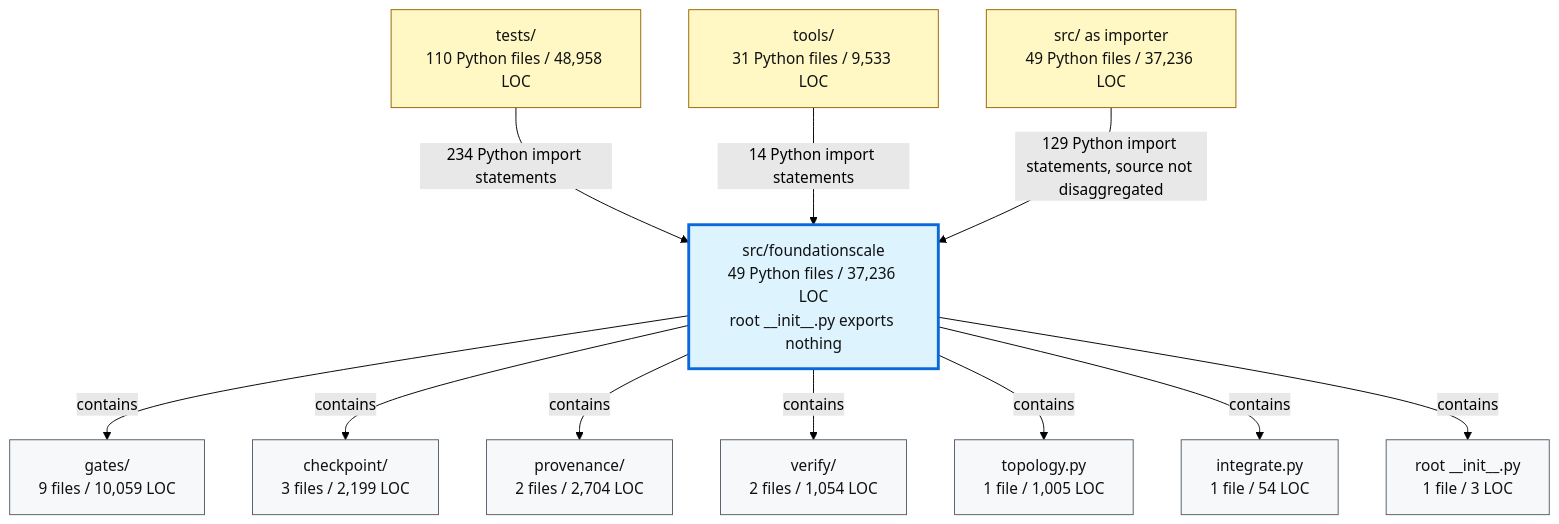
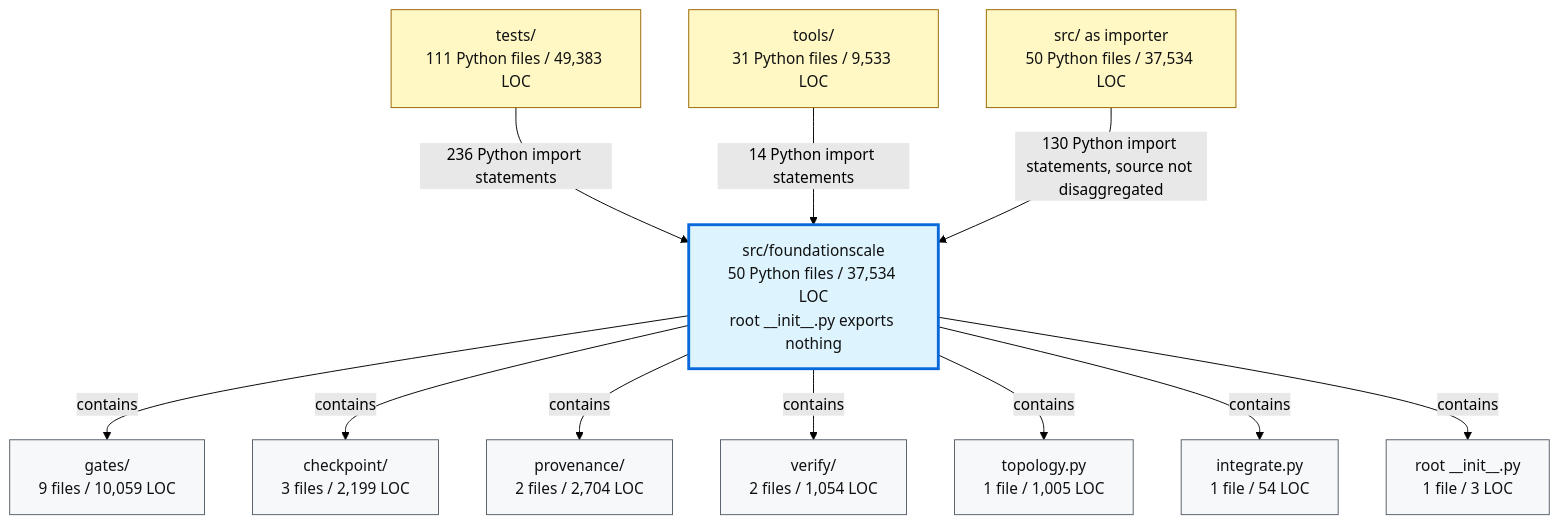
The second of 2 diagrams in docs/review/D2_current_architecture.md (TranNhiem/FoundationScale), drawn with Mermaid (forest theme) before and after one commit. The commit also changed other lines of this file and 16 other files, not shown here.

````diff
--- a/docs/review/D2_current_architecture.md
+++ b/docs/review/D2_current_architecture.md
@@ -97,36 +97,36 @@
 ```mermaid
 flowchart TB
-  TESTS["tests/<br/>110 Python files / 48,958 LOC"]
+  TESTS["tests/<br/>111 Python files / 49,383 LOC"]
   TOOLS["tools/<br/>31 Python files / 9,533 LOC"]
-  SRC["src/ as importer<br/>49 Python files / 37,236 LOC"]
+  SRC["src/ as importer<br/>50 Python files / 37,534 LOC"]
 
-  FS["src/foundationscale<br/>49 Python files / 37,236 LOC<br/>root __init__.py exports nothing"]
+  FS["src/foundationscale<br/>50 Python files / 37,534 LOC<br/>root __init__.py exports nothing"]
 
   GATES["gates/<br/>9 files / 10,059 LOC"]
   CKPT["checkpoint/<br/>3 files / 2,199 LOC"]
   PROV["provenance/<br/>2 files / 2,704 LOC"]
   VERIFY["verify/<br/>2 files / 1,054 LOC"]
   TOPO["topology.py<br/>1 file / 1,005 LOC"]
   INTEG["integrate.py<br/>1 file / 54 LOC"]
   ROOT["root __init__.py<br/>1 file / 3 LOC"]
 
-  TESTS -->|"234 Python import statements"| FS
+  TESTS -->|"236 Python import statements"| FS
   TOOLS -->|"14 Python import statements"| FS
-  SRC -->|"129 Python import statements, source not disaggregated"| FS
+  SRC -->|"130 Python import statements, source not disaggregated"| FS
 
   FS -->|"contains"| GATES
   FS -->|"contains"| CKPT
   FS -->|"contains"| PROV
   FS -->|"contains"| VERIFY
   FS -->|"contains"| TOPO
   FS -->|"contains"| INTEG
   FS -->|"contains"| ROOT
 
   classDef consumer fill:#fff8c5,stroke:#9a6700,color:#111;
   classDef package fill:#ddf4ff,stroke:#0969da,stroke-width:3px,color:#111;
   classDef module fill:#f6f8fa,stroke:#57606a,color:#111;
 
   class TESTS,TOOLS,SRC consumer;
   class FS package;
   class GATES,CKPT,PROV,VERIFY,TOPO,INTEG,ROOT module;
 ```
````
